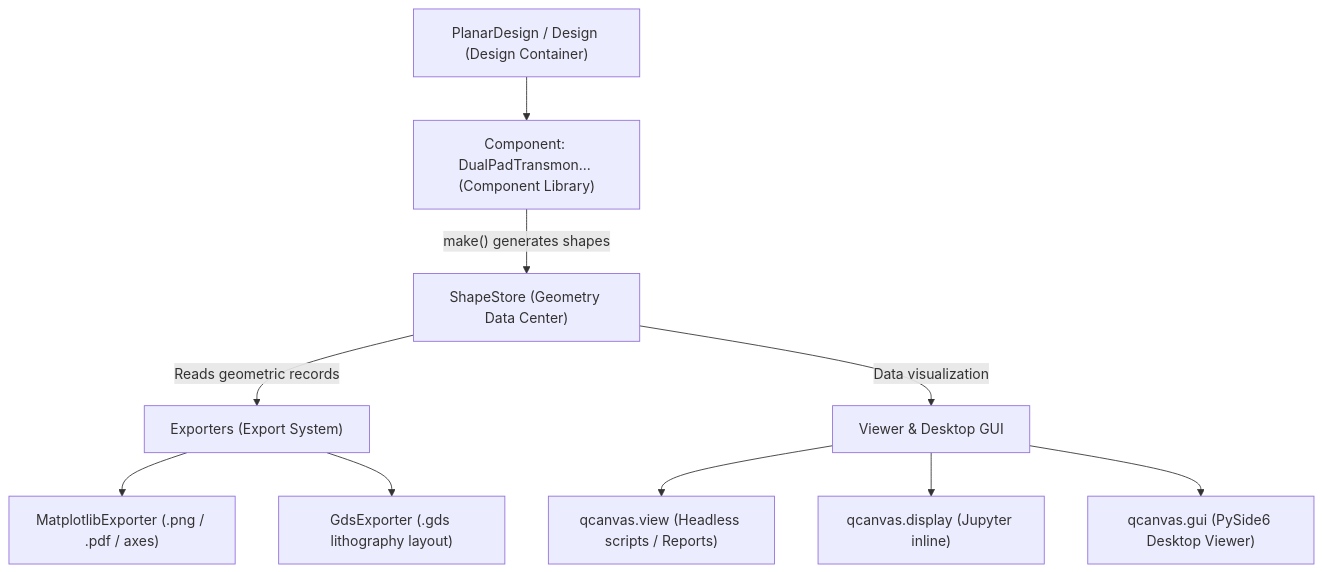
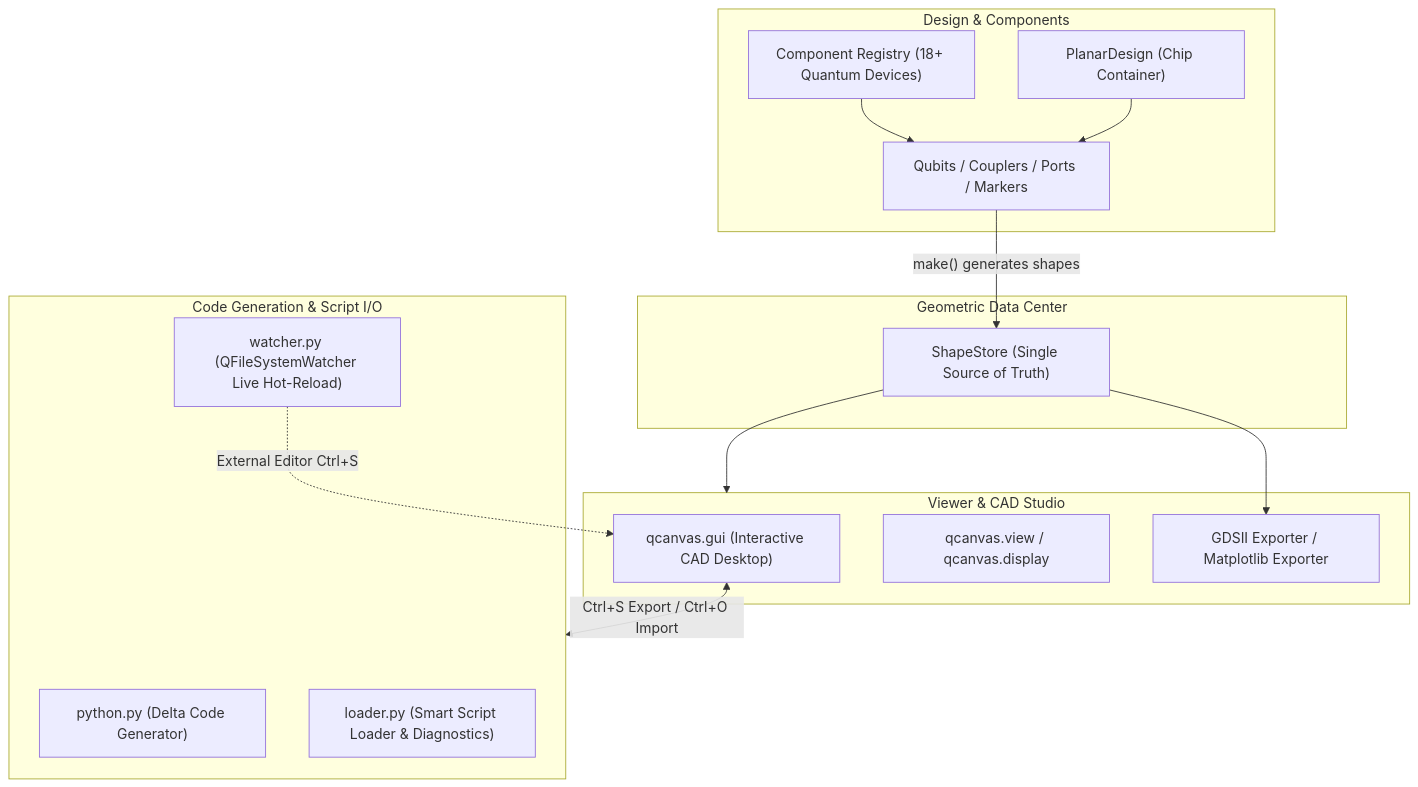
The diagram in README.md (quantum-panda-a/SQCanvas), drawn with Mermaid before and after one commit. The commit also changed other lines of this file and 13 other files, not shown here.

Commit message:
Add comprehensive CAD studio with interactive placement and code generation

````diff
--- a/README.md
+++ b/README.md
@@ -39,14 +48,33 @@
 ```mermaid
 graph TD
-    A["PlanarDesign / Design (Design Container)"] --> B["Component: DualPadTransmon... (Component Library)"]
-    B -- "make() generates shapes" --> C["ShapeStore (Geometry Data Center)"]
-    
-    C -- "Reads geometric records" --> D["Exporters (Export System)"]
-    D --> E["MatplotlibExporter (.png / .pdf / axes)"]
-    D --> F["GdsExporter (.gds lithography layout)"]
-    
-    C -- "Data visualization" --> G["Viewer & Desktop GUI"]
-    G --> H["qcanvas.view (Headless scripts / Reports)"]
-    G --> I["qcanvas.display (Jupyter inline)"]
-    G --> J["qcanvas.gui (PySide6 Desktop Viewer)"]
+    subgraph Design_Layer [Design & Components]
+        PlanarDesign["PlanarDesign (Chip Container)"]
+        Registry["Component Registry (18+ Quantum Devices)"]
+        Components["Qubits / Couplers / Ports / Markers"]
+    end
+
+    subgraph Data_Layer [Geometric Data Center]
+        ShapeStore["ShapeStore (Single Source of Truth)"]
+    end
+
+    subgraph IO_Layer [Code Generation & Script I/O]
+        CodeGen["python.py (Delta Code Generator)"]
+        Loader["loader.py (Smart Script Loader & Diagnostics)"]
+        Watcher["watcher.py (QFileSystemWatcher Live Hot-Reload)"]
+    end
+
+    subgraph Visual_Layer [Viewer & CAD Studio]
+        GUI["qcanvas.gui (Interactive CAD Desktop)"]
+        Headless["qcanvas.view / qcanvas.display"]
+        Exporters["GDSII Exporter / Matplotlib Exporter"]
+    end
+
+    PlanarDesign --> Components
+    Registry --> Components
+    Components -- "make() generates shapes" --> ShapeStore
+    ShapeStore --> Exporters
+    ShapeStore --> Visual_Layer
+
+    GUI <-->|Ctrl+S Export / Ctrl+O Import| IO_Layer
+    Watcher -.->|External Editor Ctrl+S| GUI
 ```
````
